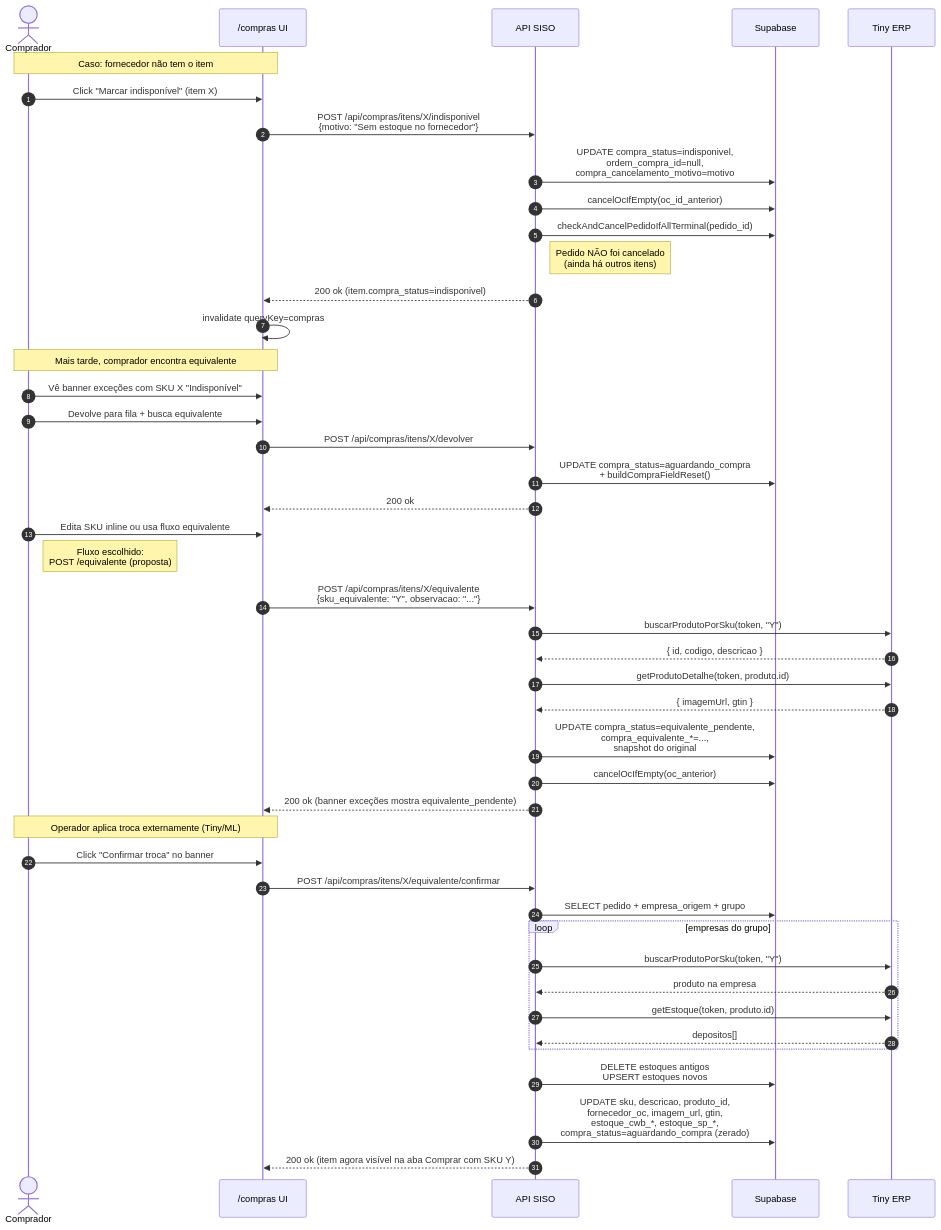
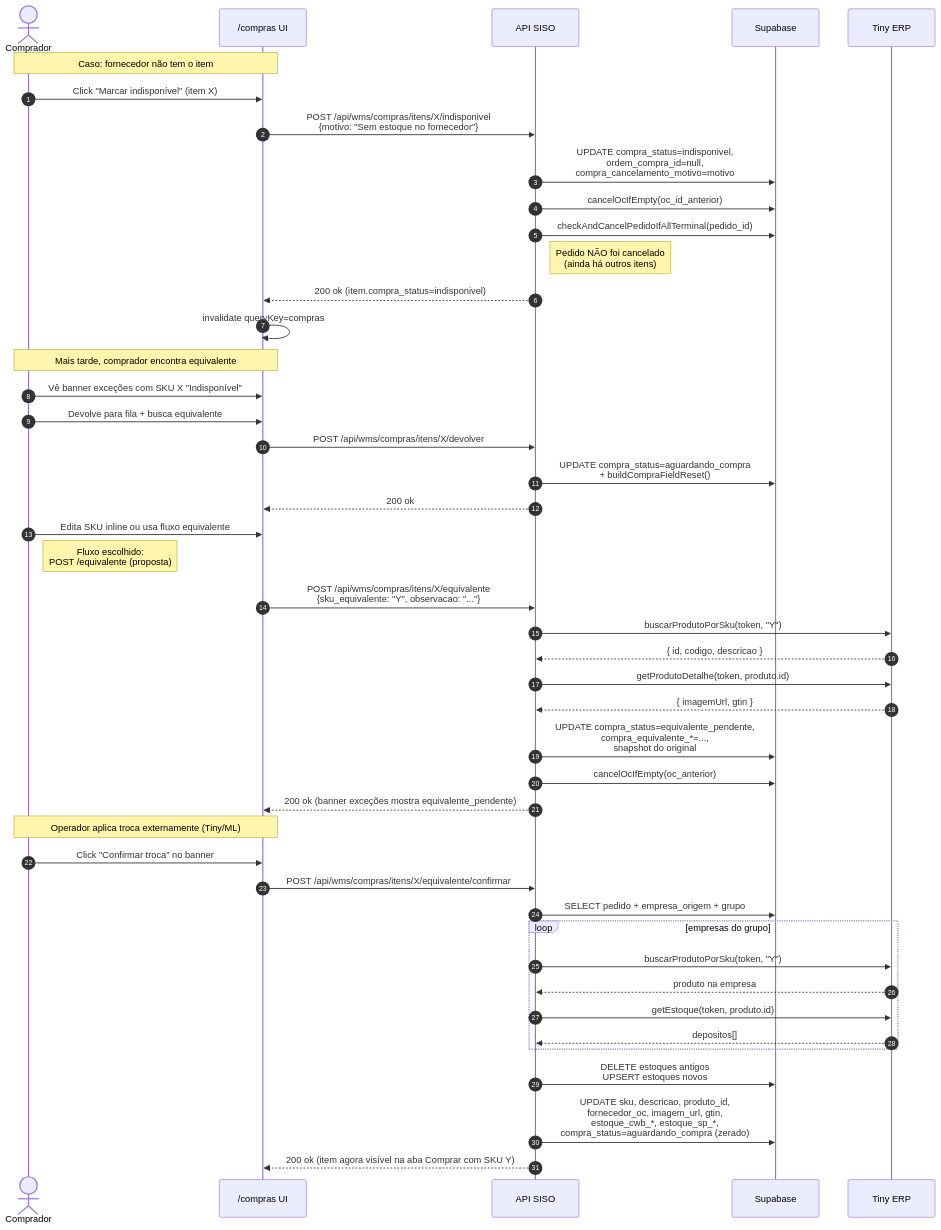
The sixth of 8 diagrams in docs/fluxos/07-compras-v2.md (Eryk-dev/estoquelever), drawn with Mermaid before and after one commit. The commit also changed other lines of this file and 20 other files, not shown here.

````diff
--- a/docs/fluxos/07-compras-v2.md
+++ b/docs/fluxos/07-compras-v2.md
@@ -1731,51 +1731,51 @@
 ```mermaid
 sequenceDiagram
     autonumber
     actor C as Comprador
     participant UI as /compras UI
     participant API as API SISO
     participant DB as Supabase
     participant T as Tiny ERP
 
     Note over C,UI: Caso: fornecedor não tem o item
     C->>UI: Click "Marcar indisponível" (item X)
-    UI->>API: POST /api/compras/itens/X/indisponivel<br/>{motivo: "Sem estoque no fornecedor"}
+    UI->>API: POST /api/wms/compras/itens/X/indisponivel<br/>{motivo: "Sem estoque no fornecedor"}
     API->>DB: UPDATE compra_status=indisponivel,<br/>ordem_compra_id=null,<br/>compra_cancelamento_motivo=motivo
     API->>DB: cancelOcIfEmpty(oc_id_anterior)
     API->>DB: checkAndCancelPedidoIfAllTerminal(pedido_id)
     Note right of API: Pedido NÃO foi cancelado<br/>(ainda há outros itens)
     API-->>UI: 200 ok (item.compra_status=indisponivel)
     UI->>UI: invalidate queryKey=compras
 
     Note over C,UI: Mais tarde, comprador encontra equivalente
     C->>UI: Vê banner exceções com SKU X "Indisponível"
     C->>UI: Devolve para fila + busca equivalente
-    UI->>API: POST /api/compras/itens/X/devolver
+    UI->>API: POST /api/wms/compras/itens/X/devolver
     API->>DB: UPDATE compra_status=aguardando_compra<br/>+ buildCompraFieldReset()
     API-->>UI: 200 ok
 
     C->>UI: Edita SKU inline ou usa fluxo equivalente
     Note right of C: Fluxo escolhido:<br/>POST /equivalente (proposta)
-    UI->>API: POST /api/compras/itens/X/equivalente<br/>{sku_equivalente: "Y", observacao: "..."}
+    UI->>API: POST /api/wms/compras/itens/X/equivalente<br/>{sku_equivalente: "Y", observacao: "..."}
     API->>T: buscarProdutoPorSku(token, "Y")
     T-->>API: { id, codigo, descricao }
     API->>T: getProdutoDetalhe(token, produto.id)
     T-->>API: { imagemUrl, gtin }
     API->>DB: UPDATE compra_status=equivalente_pendente,<br/>compra_equivalente_*=...,<br/>snapshot do original
     API->>DB: cancelOcIfEmpty(oc_anterior)
     API-->>UI: 200 ok (banner exceções mostra equivalente_pendente)
 
     Note over C,UI: Operador aplica troca externamente (Tiny/ML)
     C->>UI: Click "Confirmar troca" no banner
-    UI->>API: POST /api/compras/itens/X/equivalente/confirmar
+    UI->>API: POST /api/wms/compras/itens/X/equivalente/confirmar
     API->>DB: SELECT pedido + empresa_origem + grupo
     loop empresas do grupo
         API->>T: buscarProdutoPorSku(token, "Y")
         T-->>API: produto na empresa
         API->>T: getEstoque(token, produto.id)
         T-->>API: depositos[]
     end
     API->>DB: DELETE estoques antigos<br/>UPSERT estoques novos
     API->>DB: UPDATE sku, descricao, produto_id,<br/>fornecedor_oc, imagem_url, gtin,<br/>estoque_cwb_*, estoque_sp_*,<br/>compra_status=aguardando_compra (zerado)
     API-->>UI: 200 ok (item agora visível na aba Comprar com SKU Y)
 ```
````
